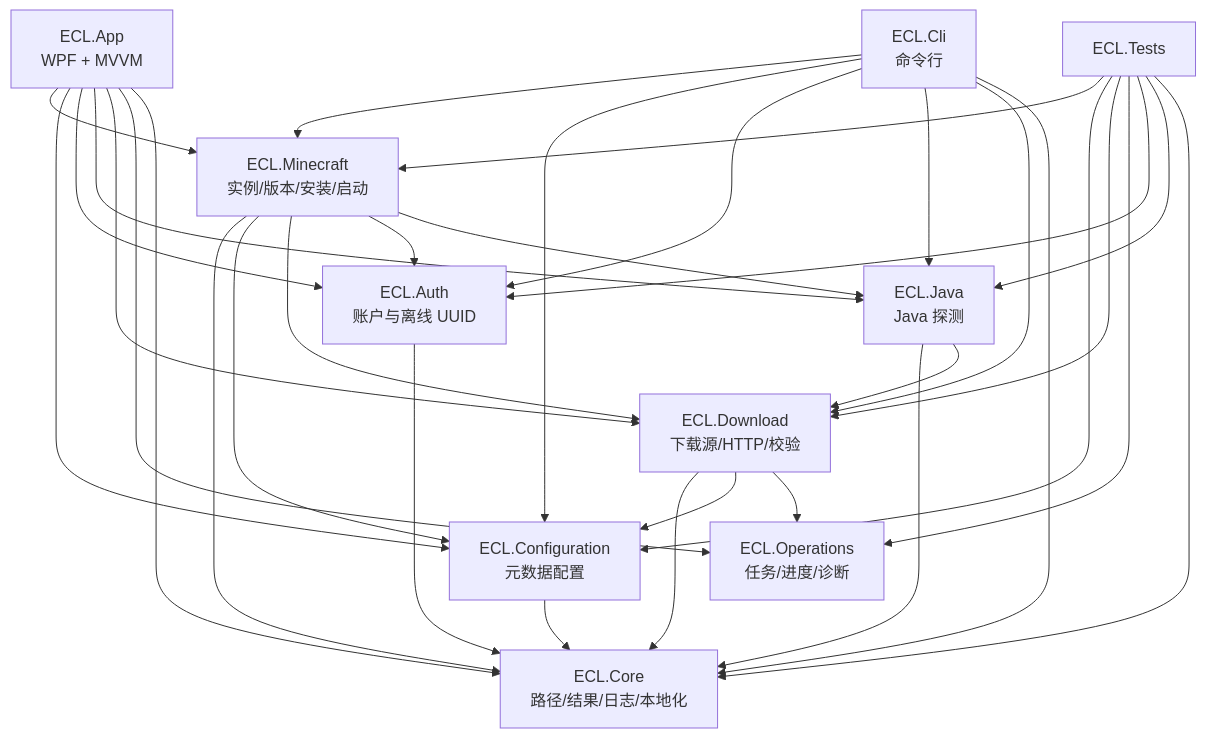
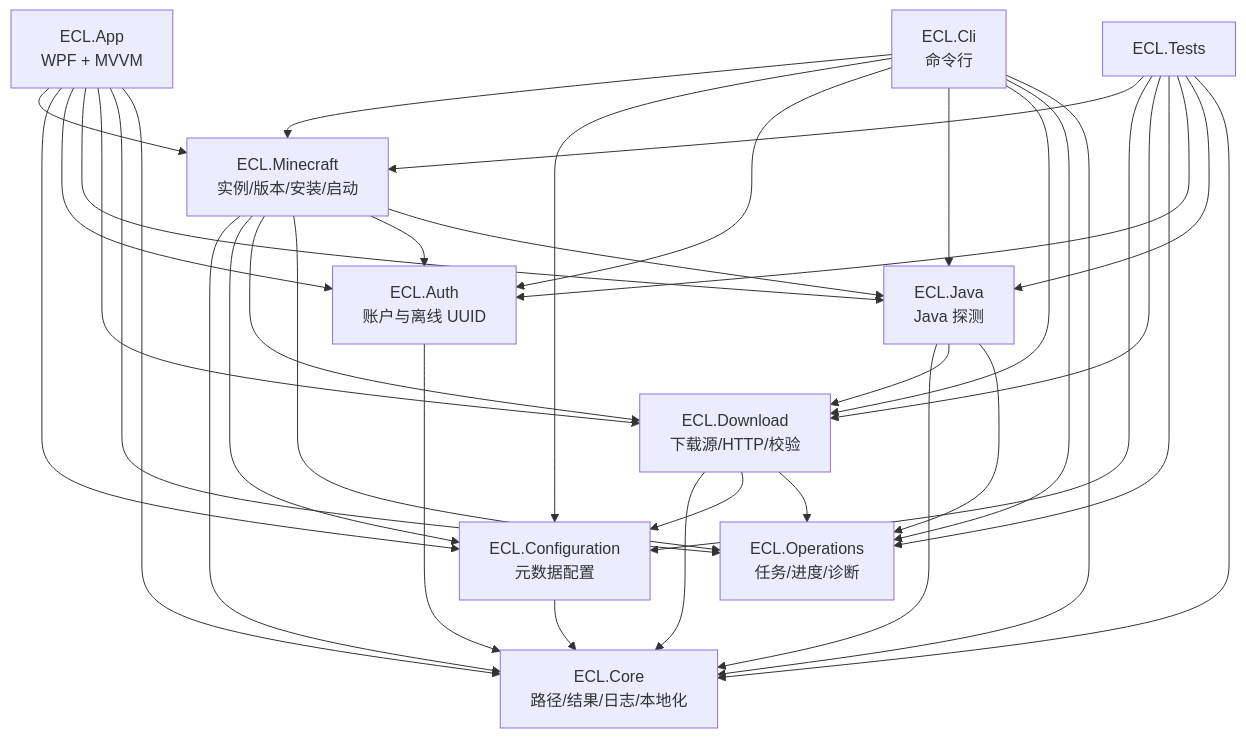
One commit to hellokug2699/Ender-Craft-Launcher changed the diagram in docs/architecture.md. Above: the diagram before and after it, drawn with Mermaid. The commit also changed other lines of this file and 38 other files, not shown here.

````diff
--- a/docs/architecture.md
+++ b/docs/architecture.md
@@ -28,46 +28,49 @@
 ```mermaid
 flowchart TD
     Core[ECL.Core<br/>路径/结果/日志/本地化]
     Config[ECL.Configuration<br/>元数据配置]
     Ops[ECL.Operations<br/>任务/进度/诊断]
     Download[ECL.Download<br/>下载源/HTTP/校验]
     Auth[ECL.Auth<br/>账户与离线 UUID]
     Java[ECL.Java<br/>Java 探测]
     MC[ECL.Minecraft<br/>实例/版本/安装/启动]
     App[ECL.App<br/>WPF + MVVM]
     Cli[ECL.Cli<br/>命令行]
     Tests[ECL.Tests]
 
     Config --> Core
     Download --> Core
     Download --> Config
     Download --> Ops
     Auth --> Core
     Java --> Core
     Java --> Download
+    Java --> Ops
     MC --> Core
     MC --> Config
     MC --> Download
+    MC --> Ops
     MC --> Auth
     MC --> Java
     App --> MC
     App --> Config
     App --> Auth
     App --> Java
     App --> Download
     App --> Ops
     App --> Core
     Cli --> MC
     Cli --> Config
     Cli --> Auth
     Cli --> Java
     Cli --> Download
+    Cli --> Ops
     Cli --> Core
     Tests --> MC
     Tests --> Config
     Tests --> Download
     Tests --> Ops
     Tests --> Auth
     Tests --> Java
     Tests --> Core
 ```
````
